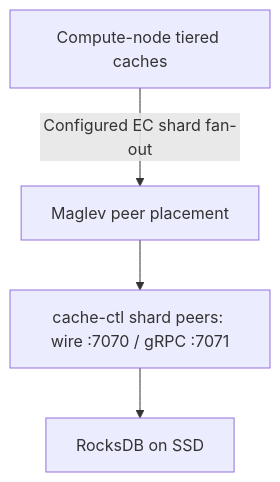
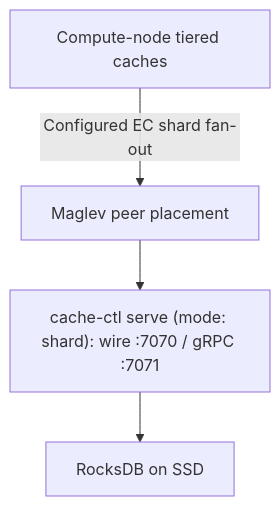
The third of 4 diagrams in docs/deployment.md (kuasar-sandbox/kuasar-sandbox), drawn with Mermaid before and after one commit. The commit also changed other lines of this file and 1 other file, not shown here.

Commit message:
docs: correct deployment cache modes and proxy requirements

````diff
--- a/docs/deployment.md
+++ b/docs/deployment.md
@@ -261,6 +265,6 @@
 ```mermaid
 flowchart TD
   C["Compute-node tiered caches"] -->|"Configured EC shard fan-out"| P["Maglev peer placement"]
-  P --> S["cache-ctl shard peers: wire :7070 / gRPC :7071"]
+  P --> S["cache-ctl serve (mode: shard): wire :7070 / gRPC :7071"]
   S --> D["RocksDB on SSD"]
 ```
````
